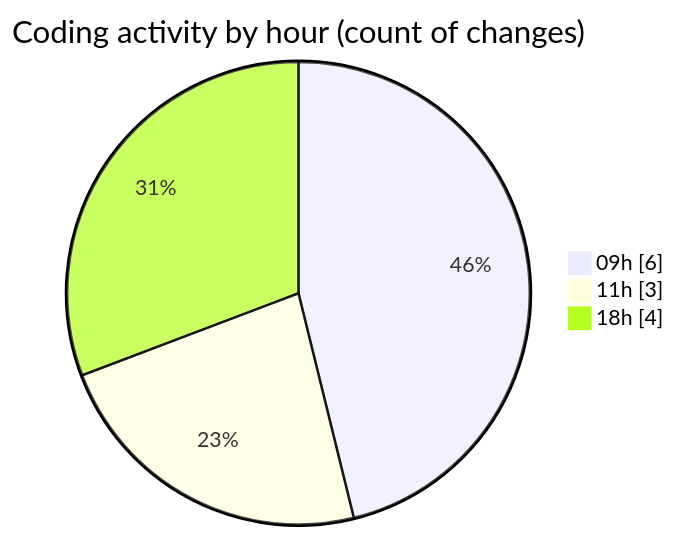
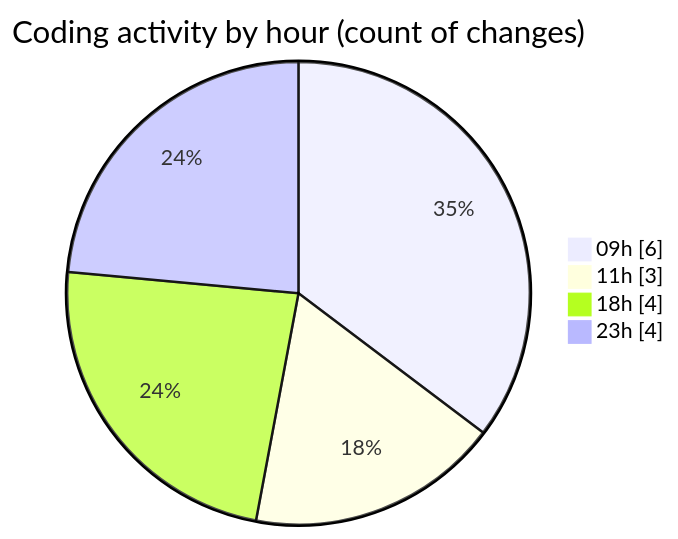
Before and after one commit to julien-gomy/code-tracking: the second of 2 diagrams in 2025-11-07/cdp_aleoudev_fr__workspace_/README.md, drawn with Mermaid. The commit also changed other lines of this file and 1 other file, not shown here.

````diff
--- a/2025-11-07/cdp_aleoudev_fr__workspace_/README.md
+++ b/2025-11-07/cdp_aleoudev_fr__workspace_/README.md
@@ -35,7 +37,8 @@
 ```mermaid
 pie showData
 title Coding activity by hour (count of changes)
 "09h" : 6
 "11h" : 3
 "18h" : 4
+"23h" : 4
 ```
````
